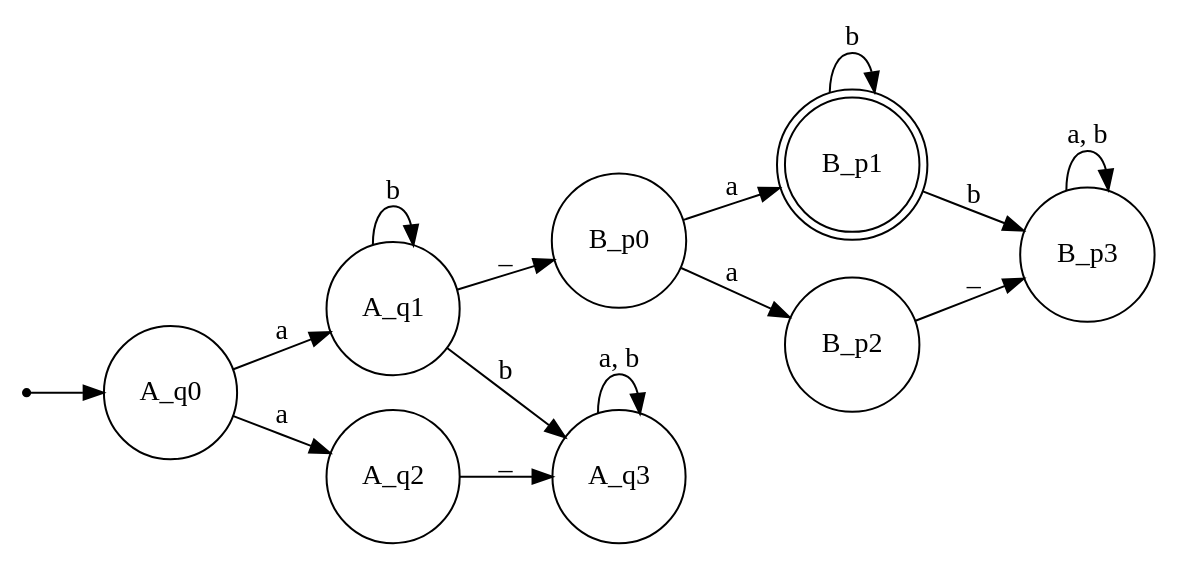
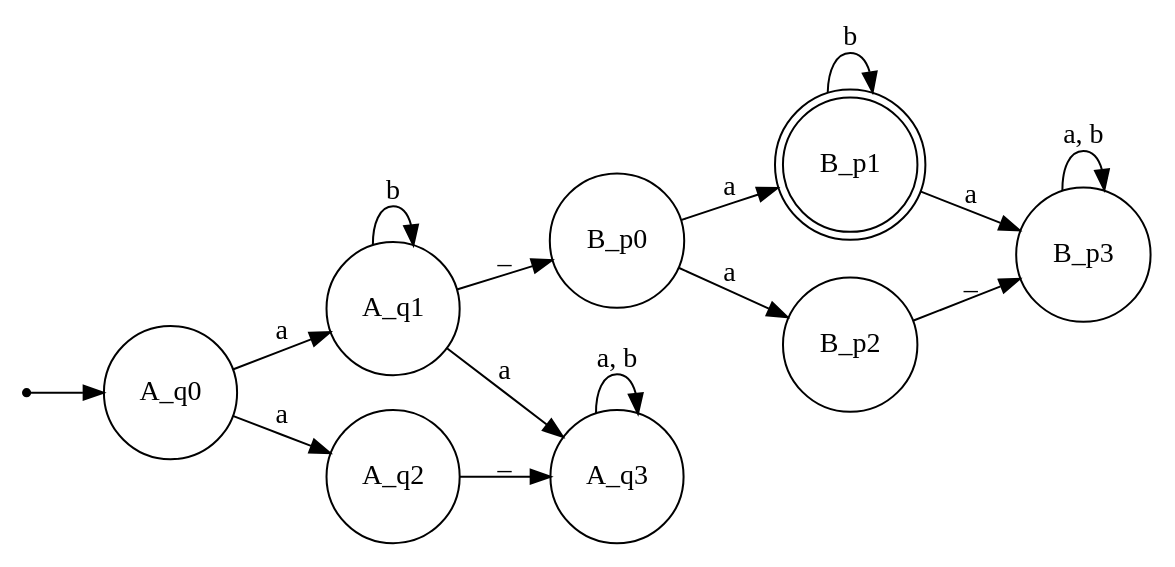
One commit to rogdli/finite-automata-graph-parser changed the diagram in concat_output.dot. Above: the diagram before and after it, drawn with Graphviz. The commit also changed 7 other files, not shown here.

```diff
--- a/concat_output.dot
+++ b/concat_output.dot
@@ -1,26 +1,26 @@
 digraph {
     rankdir=LR;
     inic [shape=point];
     inic -> A_q0;
     A_q0 [shape=circle];
     B_p1 [shape=doublecircle];
     A_q1 [shape=circle];
     A_q2 [shape=circle];
     A_q3 [shape=circle];
     B_p0 [shape=circle];
     B_p2 [shape=circle];
     B_p3 [shape=circle];
     A_q0 -> A_q1 [label="a"];
     A_q0 -> A_q2 [label="a"];
     A_q1 -> A_q1 [label="b"];
-    A_q1 -> A_q3 [label="b"];
+    A_q1 -> A_q3 [label="a"];
     A_q2 -> A_q3 [label="_"];
     A_q3 -> A_q3 [label="a, b"];
     B_p0 -> B_p1 [label="a"];
     B_p0 -> B_p2 [label="a"];
     B_p1 -> B_p1 [label="b"];
-    B_p1 -> B_p3 [label="b"];
+    B_p1 -> B_p3 [label="a"];
     B_p2 -> B_p3 [label="_"];
     B_p3 -> B_p3 [label="a, b"];
     A_q1 -> B_p0 [label="_"];
 }
```
